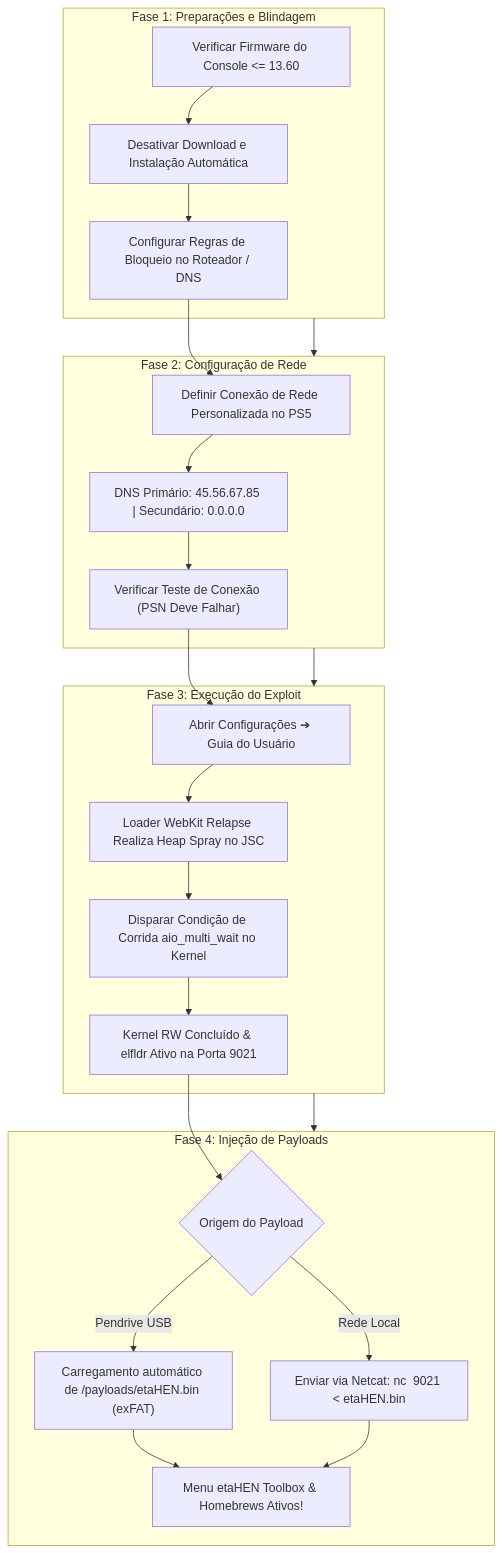
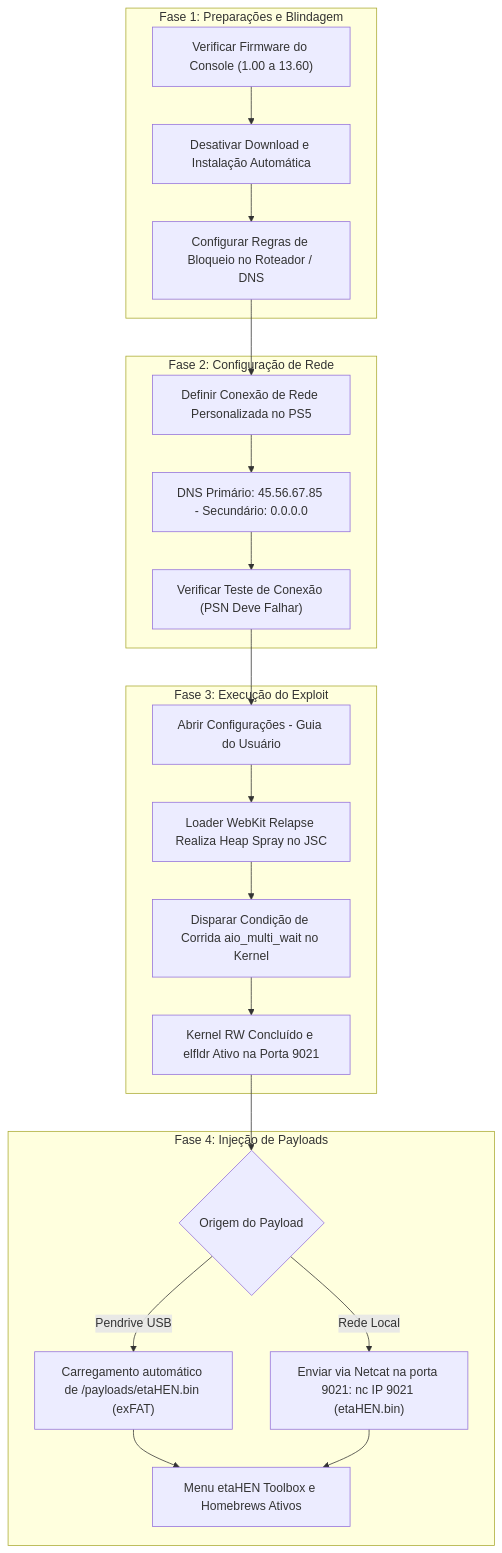
Before and after one commit to alonsojr1980/ps5-jailbreak-compendium: the first of 3 diagrams in i18n/pt/README.md, drawn with Mermaid. The commit also changed 3 other files, not shown here.

Commit message:
fix(mermaid): fix pipeline flowchart syntax errors and enhance UI with pastel background and larger typography

````diff
--- a/i18n/pt/README.md
+++ b/i18n/pt/README.md
@@ -137,30 +137,32 @@
 ```mermaid
-flowchart TD
+graph TD
     subgraph Prep["Fase 1: Preparações e Blindagem"]
-        P1["Verificar Firmware do Console <= 13.60"] --> P2["Desativar Download e Instalação Automática"]
+        P1["Verificar Firmware do Console (1.00 a 13.60)"] --> P2["Desativar Download e Instalação Automática"]
         P2 --> P3["Configurar Regras de Bloqueio no Roteador / DNS"]
     end
 
     subgraph Net["Fase 2: Configuração de Rede"]
-        P3 --> N1["Definir Conexão de Rede Personalizada no PS5"]
-        N1 --> N2["DNS Primário: 45.56.67.85 | Secundário: 0.0.0.0"]
+        N1["Definir Conexão de Rede Personalizada no PS5"]
+        N1 --> N2["DNS Primário: 45.56.67.85 - Secundário: 0.0.0.0"]
         N2 --> N3["Verificar Teste de Conexão (PSN Deve Falhar)"]
     end
 
     subgraph Trigger["Fase 3: Execução do Exploit"]
-        N3 --> E1["Abrir Configurações ➔ Guia do Usuário"]
+        E1["Abrir Configurações - Guia do Usuário"]
         E1 --> E2["Loader WebKit Relapse Realiza Heap Spray no JSC"]
         E2 --> E3["Disparar Condição de Corrida aio_multi_wait no Kernel"]
-        E3 --> E4["Kernel RW Concluído & elfldr Ativo na Porta 9021"]
+        E3 --> E4["Kernel RW Concluído e elfldr Ativo na Porta 9021"]
     end
 
     subgraph Payload["Fase 4: Injeção de Payloads"]
-        E4 --> L1{"Origem do Payload"}
+        L1{"Origem do Payload"}
         L1 -->|Pendrive USB| L2["Carregamento automático de /payloads/etaHEN.bin (exFAT)"]
-        L1 -->|Rede Local| L3["Enviar via Netcat: nc <PS5_IP> 9021 < etaHEN.bin"]
-        L2 --> H1["Menu etaHEN Toolbox & Homebrews Ativos!"]
+        L1 -->|Rede Local| L3["Enviar via Netcat na porta 9021: nc IP 9021 (etaHEN.bin)"]
+        L2 --> H1["Menu etaHEN Toolbox e Homebrews Ativos"]
         L3 --> H1
     end
 
-    Prep --> Net --> Trigger --> Payload
+    P3 --> N1
+    N3 --> E1
+    E4 --> L1
 ```
````
